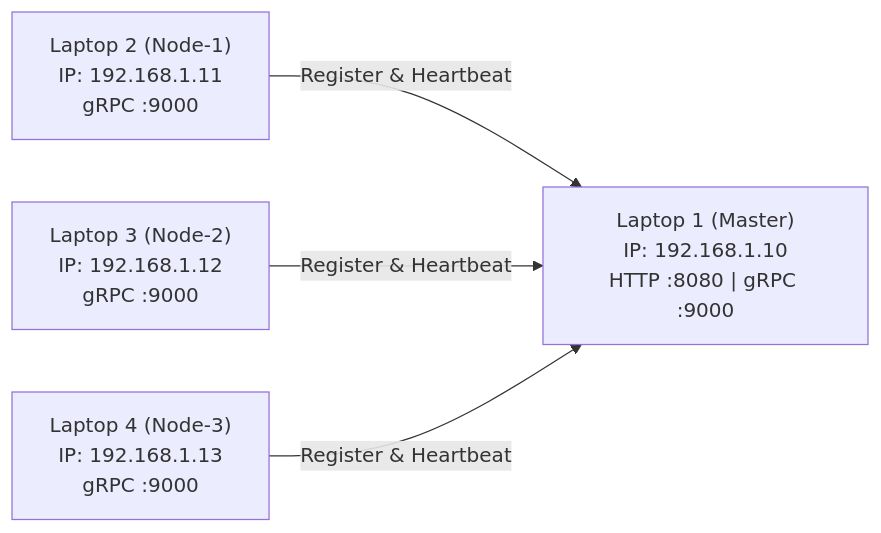
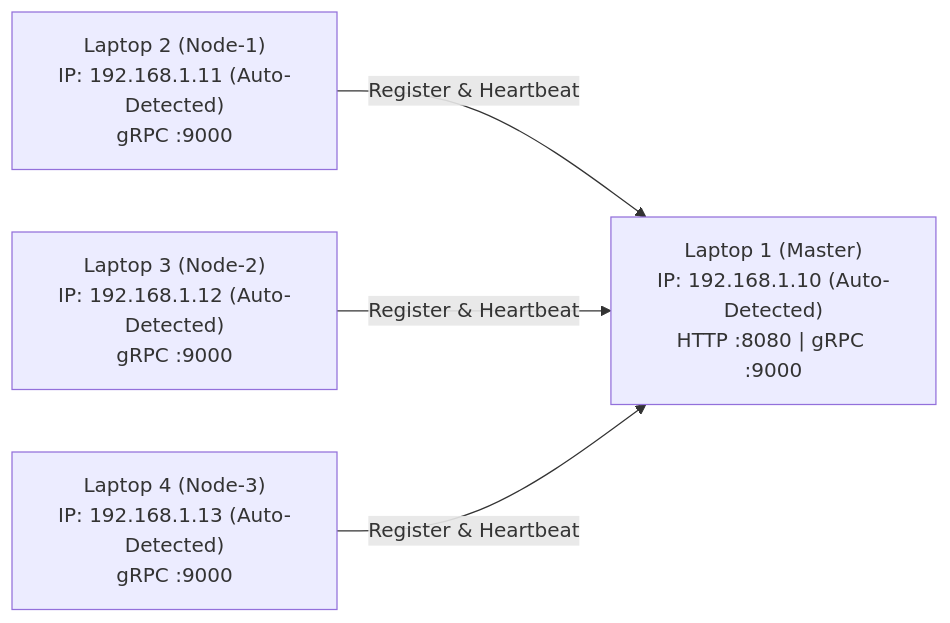
Before and after one commit to Buthzz/dips-sister: the diagram in docs/cara-penggunaan.md, drawn with Mermaid. The commit also changed other lines of this file and 20 other files, not shown here.

First line of the commit message:
feat(cluster): implementasi TUI Bubble Tea, alokasi dinamis node-id, dan auto-detect IP

````diff
--- a/docs/cara-penggunaan.md
+++ b/docs/cara-penggunaan.md
@@ -27,11 +27,11 @@
 ```mermaid
 flowchart LR
-    L1["Laptop 1 (Master)\nIP: 192.168.1.10\nHTTP :8080 | gRPC :9000"]
-    L2["Laptop 2 (Node-1)\nIP: 192.168.1.11\ngRPC :9000"]
-    L3["Laptop 3 (Node-2)\nIP: 192.168.1.12\ngRPC :9000"]
-    L4["Laptop 4 (Node-3)\nIP: 192.168.1.13\ngRPC :9000"]
+    L1["Laptop 1 (Master)\nIP: 192.168.1.10 (Auto-Detected)\nHTTP :8080 | gRPC :9000"]
+    L2["Laptop 2 (Node-1)\nIP: 192.168.1.11 (Auto-Detected)\ngRPC :9000"]
+    L3["Laptop 3 (Node-2)\nIP: 192.168.1.12 (Auto-Detected)\ngRPC :9000"]
+    L4["Laptop 4 (Node-3)\nIP: 192.168.1.13 (Auto-Detected)\ngRPC :9000"]
 
     L2 -->|"Register & Heartbeat"| L1
     L3 -->|"Register & Heartbeat"| L1
     L4 -->|"Register & Heartbeat"| L1
 ```
````
